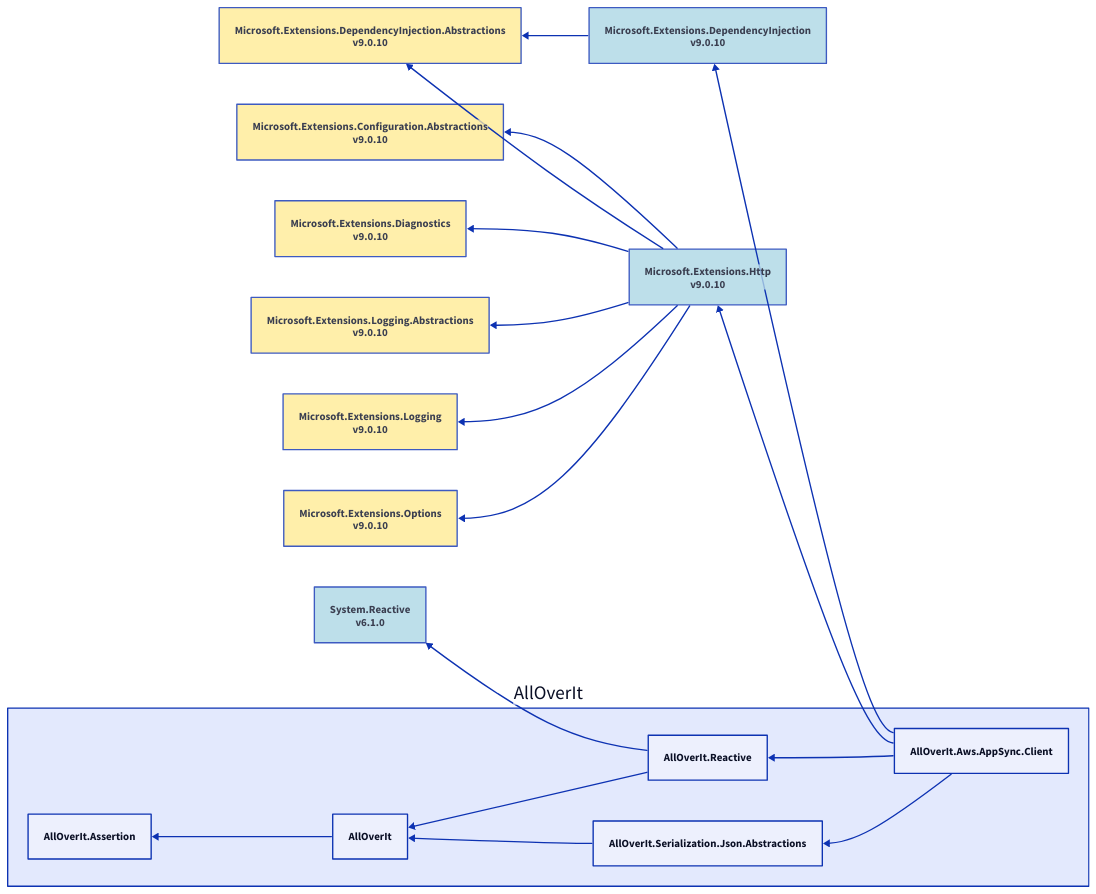
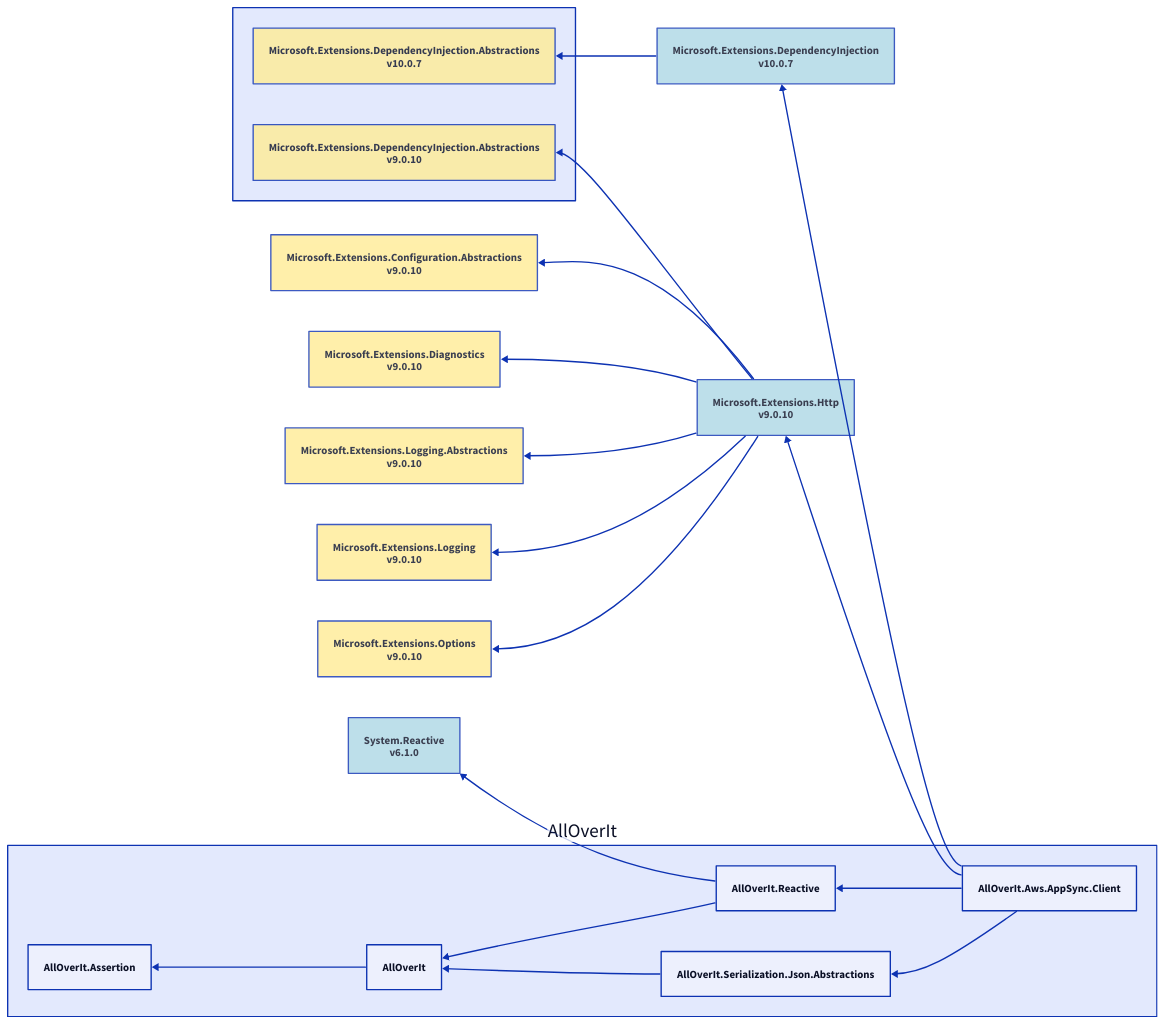
The diagram in Docs/Reference/Content/images/dependencies/net10.0/alloverit-aws-appsync-client.d2 (mjfreelancing/AllOverIt), drawn with D2 before and after one commit. The commit also changed 132 other files, not shown here.

```diff
--- a/Docs/Reference/Content/images/dependencies/net10.0/alloverit-aws-appsync-client.d2
+++ b/Docs/Reference/Content/images/dependencies/net10.0/alloverit-aws-appsync-client.d2
@@ -1,50 +1,54 @@
 direction: left
 
 aoi: AllOverIt
 aoi.alloverit-aws-appsync-client: AllOverIt.Aws.AppSync.Client
-microsoft-extensions-dependencyinjection_9-0-10: Microsoft.Extensions.DependencyInjection\nv9.0.10
-microsoft-extensions-dependencyinjection_9-0-10.style.fill: "#ADD8E6"
-microsoft-extensions-dependencyinjection_9-0-10.style.opacity: 0.8
-microsoft-extensions-dependencyinjection-abstractions_9-0-10: Microsoft.Extensions.DependencyInjection.Abstractions\nv9.0.10
-microsoft-extensions-dependencyinjection-abstractions_9-0-10.style.fill: "#FFEC96"
-microsoft-extensions-dependencyinjection-abstractions_9-0-10.style.opacity: 0.8
-microsoft-extensions-dependencyinjection-abstractions_9-0-10 <- microsoft-extensions-dependencyinjection_9-0-10
-microsoft-extensions-dependencyinjection_9-0-10 <- aoi.alloverit-aws-appsync-client
+microsoft-extensions-dependencyinjection_10-0-7: Microsoft.Extensions.DependencyInjection\nv10.0.7
+microsoft-extensions-dependencyinjection_10-0-7.style.fill: "#ADD8E6"
+microsoft-extensions-dependencyinjection_10-0-7.style.opacity: 0.8
+microsoft-extensions-dependencyinjection-abstractions-group: ""
+microsoft-extensions-dependencyinjection-abstractions-group.microsoft-extensions-dependencyinjection-abstractions_10-0-7: Microsoft.Extensions.DependencyInjection.Abstractions\nv10.0.7
+microsoft-extensions-dependencyinjection-abstractions-group.microsoft-extensions-dependencyinjection-abstractions_10-0-7.style.fill: "#FFEC96"
+microsoft-extensions-dependencyinjection-abstractions-group.microsoft-extensions-dependencyinjection-abstractions_10-0-7.style.opacity: 0.8
+microsoft-extensions-dependencyinjection-abstractions-group.microsoft-extensions-dependencyinjection-abstractions_10-0-7 <- microsoft-extensions-dependencyinjection_10-0-7
+microsoft-extensions-dependencyinjection_10-0-7 <- aoi.alloverit-aws-appsync-client
 microsoft-extensions-http_9-0-10: Microsoft.Extensions.Http\nv9.0.10
 microsoft-extensions-http_9-0-10.style.fill: "#ADD8E6"
 microsoft-extensions-http_9-0-10.style.opacity: 0.8
 microsoft-extensions-configuration-abstractions_9-0-10: Microsoft.Extensions.Configuration.Abstractions\nv9.0.10
 microsoft-extensions-configuration-abstractions_9-0-10.style.fill: "#FFEC96"
 microsoft-extensions-configuration-abstractions_9-0-10.style.opacity: 0.8
 microsoft-extensions-configuration-abstractions_9-0-10 <- microsoft-extensions-http_9-0-10
-microsoft-extensions-dependencyinjection-abstractions_9-0-10 <- microsoft-extensions-http_9-0-10
+microsoft-extensions-dependencyinjection-abstractions-group.microsoft-extensions-dependencyinjection-abstractions_9-0-10: Microsoft.Extensions.DependencyInjection.Abstractions\nv9.0.10
+microsoft-extensions-dependencyinjection-abstractions-group.microsoft-extensions-dependencyinjection-abstractions_9-0-10.style.fill: "#FFEC96"
+microsoft-extensions-dependencyinjection-abstractions-group.microsoft-extensions-dependencyinjection-abstractions_9-0-10.style.opacity: 0.8
+microsoft-extensions-dependencyinjection-abstractions-group.microsoft-extensions-dependencyinjection-abstractions_9-0-10 <- microsoft-extensions-http_9-0-10
 microsoft-extensions-diagnostics_9-0-10: Microsoft.Extensions.Diagnostics\nv9.0.10
 microsoft-extensions-diagnostics_9-0-10.style.fill: "#FFEC96"
 microsoft-extensions-diagnostics_9-0-10.style.opacity: 0.8
 microsoft-extensions-diagnostics_9-0-10 <- microsoft-extensions-http_9-0-10
 microsoft-extensions-logging-abstractions_9-0-10: Microsoft.Extensions.Logging.Abstractions\nv9.0.10
 microsoft-extensions-logging-abstractions_9-0-10.style.fill: "#FFEC96"
 microsoft-extensions-logging-abstractions_9-0-10.style.opacity: 0.8
 microsoft-extensions-logging-abstractions_9-0-10 <- microsoft-extensions-http_9-0-10
 microsoft-extensions-logging_9-0-10: Microsoft.Extensions.Logging\nv9.0.10
 microsoft-extensions-logging_9-0-10.style.fill: "#FFEC96"
 microsoft-extensions-logging_9-0-10.style.opacity: 0.8
 microsoft-extensions-logging_9-0-10 <- microsoft-extensions-http_9-0-10
 microsoft-extensions-options_9-0-10: Microsoft.Extensions.Options\nv9.0.10
 microsoft-extensions-options_9-0-10.style.fill: "#FFEC96"
 microsoft-extensions-options_9-0-10.style.opacity: 0.8
 microsoft-extensions-options_9-0-10 <- microsoft-extensions-http_9-0-10
 microsoft-extensions-http_9-0-10 <- aoi.alloverit-aws-appsync-client
 aoi.alloverit-reactive: AllOverIt.Reactive
 system-reactive_6-1-0: System.Reactive\nv6.1.0
 system-reactive_6-1-0.style.fill: "#ADD8E6"
 system-reactive_6-1-0.style.opacity: 0.8
 system-reactive_6-1-0 <- aoi.alloverit-reactive
 aoi.alloverit: AllOverIt
 aoi.alloverit-assertion: AllOverIt.Assertion
 aoi.alloverit-assertion <- aoi.alloverit
 aoi.alloverit <- aoi.alloverit-reactive
 aoi.alloverit-reactive <- aoi.alloverit-aws-appsync-client
 aoi.alloverit-serialization-json-abstractions: AllOverIt.Serialization.Json.Abstractions
 aoi.alloverit <- aoi.alloverit-serialization-json-abstractions
 aoi.alloverit-serialization-json-abstractions <- aoi.alloverit-aws-appsync-client
```
